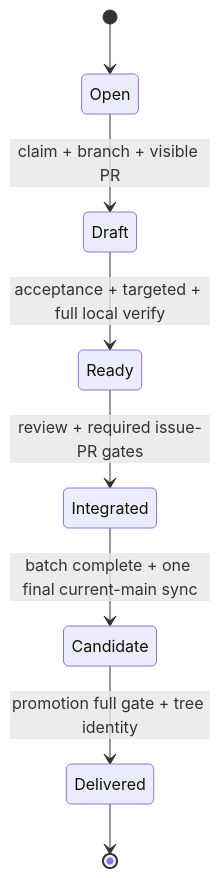
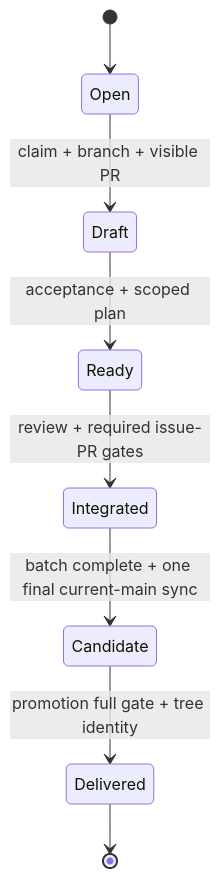
One commit to Innoguard-Cyber-Arch/csarc-repo-template changed the first of 2 diagrams in docs/adr/low-friction-ai-sdlc.md. Above: the diagram before and after it, drawn with Mermaid. The commit also changed other lines of this file and 6 other files, not shown here.

````diff
--- a/docs/adr/low-friction-ai-sdlc.md
+++ b/docs/adr/low-friction-ai-sdlc.md
@@ -124,10 +124,10 @@
 ```mermaid
 stateDiagram-v2
     [*] --> Open
     Open --> Draft: claim + branch + visible PR
-    Draft --> Ready: acceptance + targeted + full local verify
+    Draft --> Ready: acceptance + scoped plan
     Ready --> Integrated: review + required issue-PR gates
     Integrated --> Candidate: batch complete + one final current-main sync
     Candidate --> Delivered: promotion full gate + tree identity
     Delivered --> [*]
 ```
````
